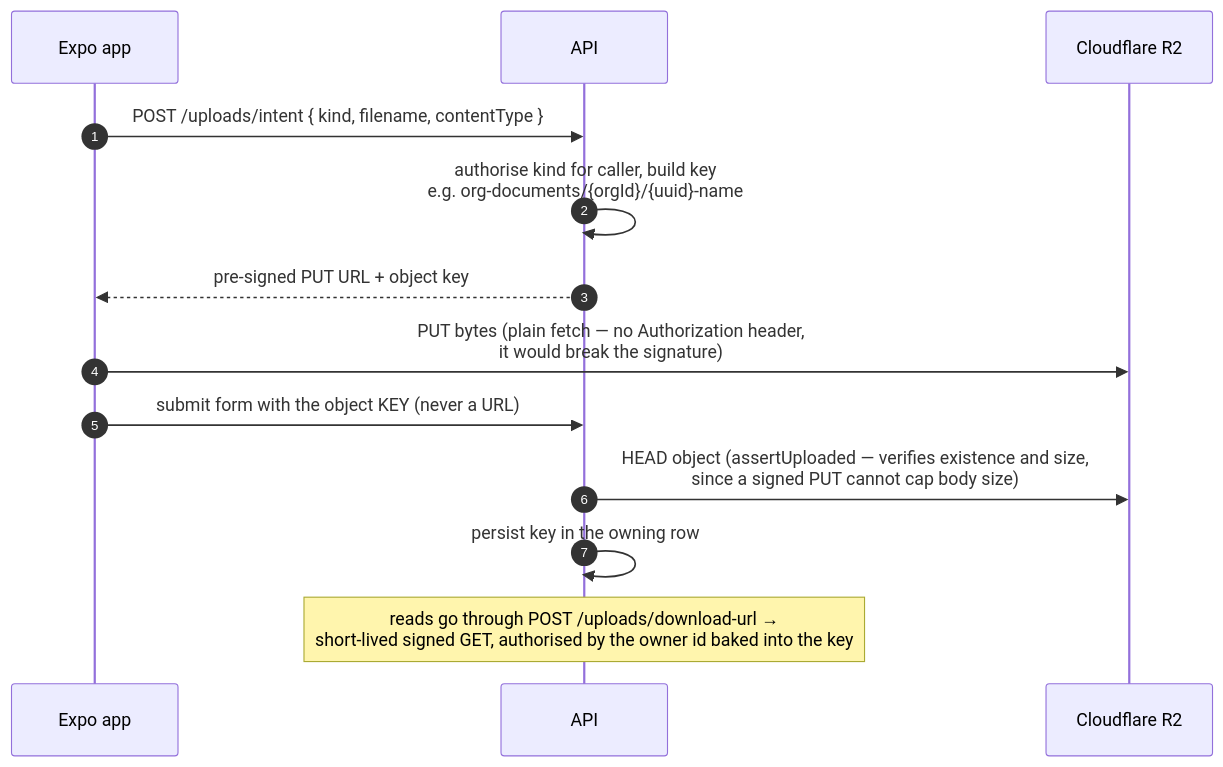
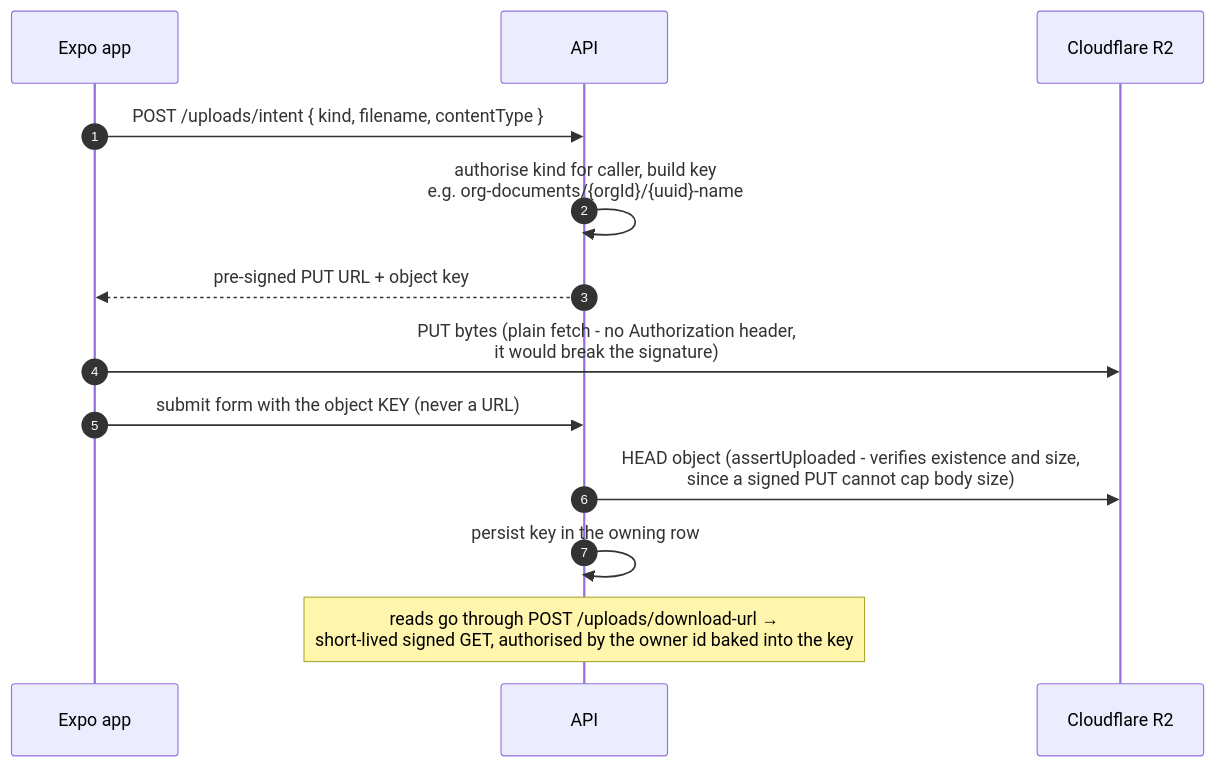
The ninth of 15 diagrams in final-year-report.md (SinghAman21/nabhya), drawn with Mermaid before and after one commit. The commit also changed other lines of this file and 270 other files, not shown here.

````diff
--- a/final-year-report.md
+++ b/final-year-report.md
@@ -889,16 +889,16 @@
 ```mermaid
 sequenceDiagram
     autonumber
     participant App as Expo app
     participant API as API
     participant R2 as Cloudflare R2
 
     App->>API: POST /uploads/intent { kind, filename, contentType }
     API->>API: authorise kind for caller, build key<br/>e.g. org-documents/{orgId}/{uuid}-name
     API-->>App: pre-signed PUT URL + object key
-    App->>R2: PUT bytes (plain fetch — no Authorization header,<br/>it would break the signature)
+    App->>R2: PUT bytes (plain fetch - no Authorization header,<br/>it would break the signature)
     App->>API: submit form with the object KEY (never a URL)
-    API->>R2: HEAD object (assertUploaded — verifies existence and size,<br/>since a signed PUT cannot cap body size)
+    API->>R2: HEAD object (assertUploaded - verifies existence and size,<br/>since a signed PUT cannot cap body size)
     API->>API: persist key in the owning row
     Note over API: reads go through POST /uploads/download-url →<br/>short-lived signed GET, authorised by the owner id baked into the key
 ```
````
